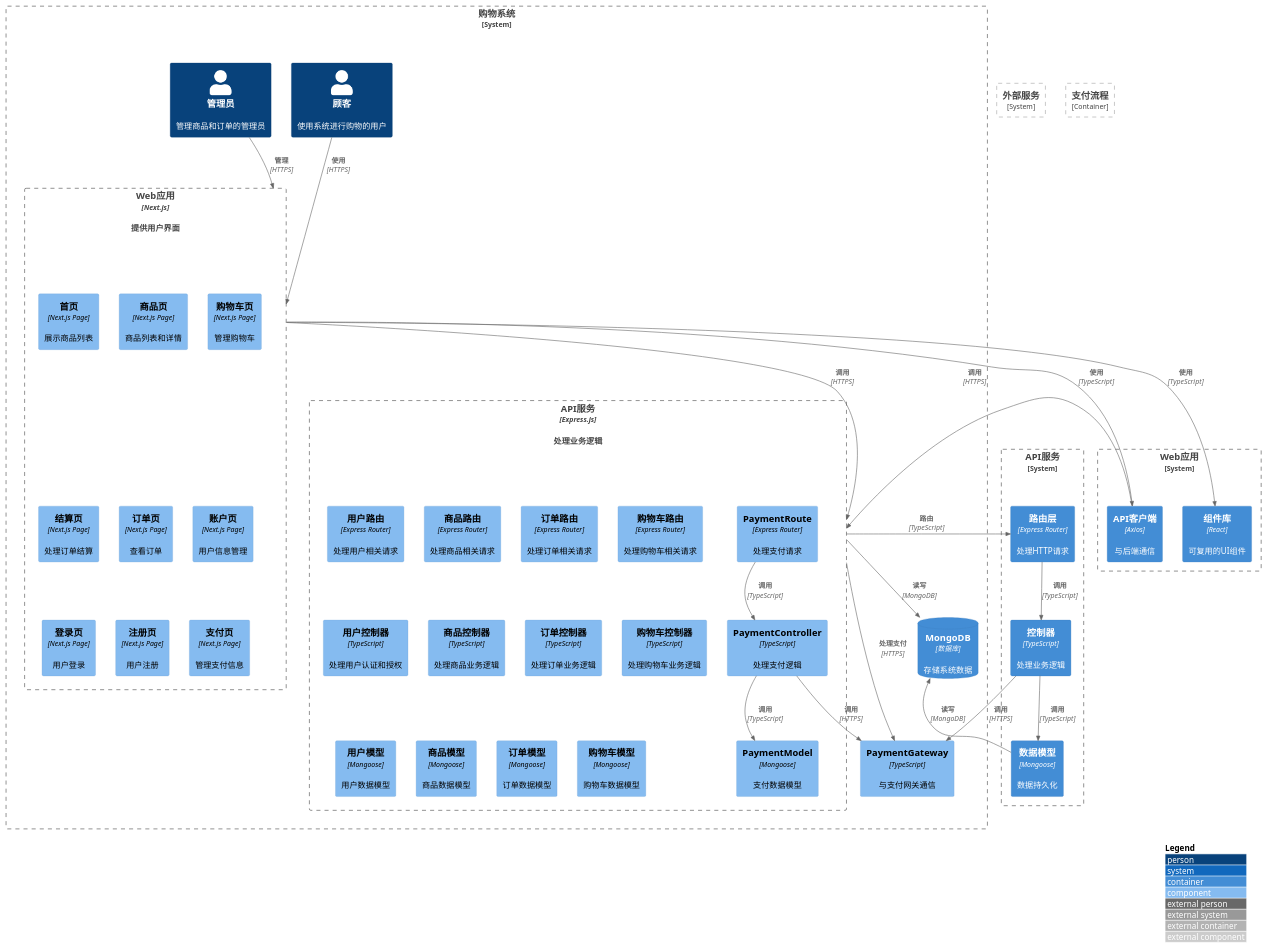
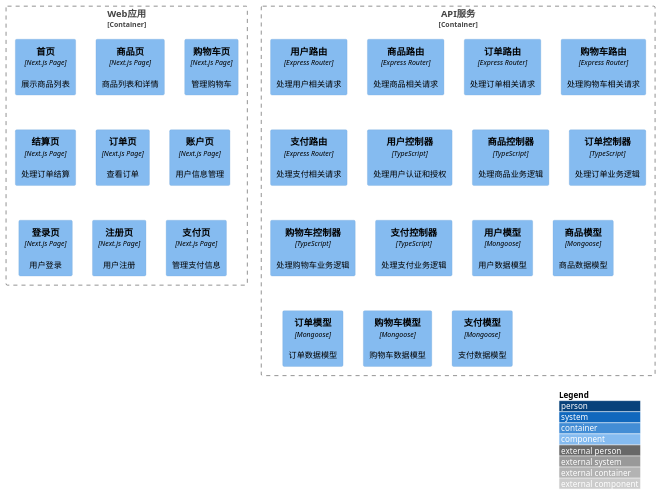
The diagram in docs/architecture/c4-component.puml (felixzhu97/shopping-system-public), drawn with PlantUML before and after one commit. The commit also changed 10 other files, not shown here.

Commit message:
docs: 更新系统架构图，添加 C4 模型的上下文图、容器图、组件图和支付流程图，删除旧的 C4 模型文件

```diff
--- a/docs/architecture/c4-component.puml
+++ b/docs/architecture/c4-component.puml
@@ -1,100 +1,42 @@
 @startuml
 !include ./c4-plantuml/C4_Context.puml
 !include ./c4-plantuml//C4_Container.puml
 !include ./c4-plantuml//C4_Component.puml
 
 LAYOUT_WITH_LEGEND()
-
-' 系统上下文图
-System_Boundary(system, "购物系统") {
-    Person(customer, "顾客", "使用系统进行购物的用户")
-    Person(admin, "管理员", "管理商品和订单的管理员")
-
-    System(web_app, "Web应用", "基于Next.js的前端应用")
-    System(api, "API服务", "基于Express.js的后端API服务")
-    SystemDb(db, "MongoDB数据库", "存储系统数据")
-    System_Ext(payment_gateway, "支付网关", "处理支付交易")
-}
-
-Rel(customer, web_app, "使用", "HTTPS")
-Rel(admin, web_app, "管理", "HTTPS")
-Rel(web_app, api, "调用", "HTTPS")
-Rel(api, db, "读写", "MongoDB")
-Rel(api, payment_gateway, "处理支付", "HTTPS")
-
-' 容器图
-System_Boundary(web_app_boundary, "Web应用") {
-    Container(web_app, "Web应用", "Next.js", "提供用户界面")
-    Container(components, "组件库", "React", "可复用的UI组件")
-    Container(api_client, "API客户端", "Axios", "与后端通信")
-}
-
-System_Boundary(api_boundary, "API服务") {
-    Container(api, "API服务", "Express.js", "处理业务逻辑")
-    Container(routes, "路由层", "Express Router", "处理HTTP请求")
-    Container(controllers, "控制器", "TypeScript", "处理业务逻辑")
-    Container(models, "数据模型", "Mongoose", "数据持久化")
-}
-
-System_Boundary(external_boundary, "外部服务") {
-    ContainerDb(db, "MongoDB", "数据库", "存储系统数据")
-    System_Ext(payment_gateway, "支付网关", "处理支付")
-}
-
-Rel(web_app, components, "使用", "TypeScript")
-Rel(web_app, api_client, "使用", "TypeScript")
-Rel(api_client, api, "调用", "HTTPS")
-Rel(api, routes, "路由", "TypeScript")
-Rel(routes, controllers, "调用", "TypeScript")
-Rel(controllers, models, "调用", "TypeScript")
-Rel(models, db, "读写", "MongoDB")
-Rel(controllers, payment_gateway, "调用", "HTTPS")
 
 ' 组件图 - Web应用
 Container_Boundary(web_app, "Web应用") {
     Component(home_page, "首页", "Next.js Page", "展示商品列表")
     Component(products_page, "商品页", "Next.js Page", "商品列表和详情")
     Component(cart_page, "购物车页", "Next.js Page", "管理购物车")
     Component(checkout_page, "结算页", "Next.js Page", "处理订单结算")
     Component(orders_page, "订单页", "Next.js Page", "查看订单")
     Component(account_page, "账户页", "Next.js Page", "用户信息管理")
     Component(login_page, "登录页", "Next.js Page", "用户登录")
     Component(register_page, "注册页", "Next.js Page", "用户注册")
     Component(payment_page, "支付页", "Next.js Page", "管理支付信息")
 }
 
 ' 组件图 - API服务
 Container_Boundary(api, "API服务") {
     Component(users_route, "用户路由", "Express Router", "处理用户相关请求")
     Component(products_route, "商品路由", "Express Router", "处理商品相关请求")
     Component(orders_route, "订单路由", "Express Router", "处理订单相关请求")
     Component(cart_route, "购物车路由", "Express Router", "处理购物车相关请求")
     Component(payment_route, "支付路由", "Express Router", "处理支付相关请求")
 
     Component(user_controller, "用户控制器", "TypeScript", "处理用户认证和授权")
     Component(product_controller, "商品控制器", "TypeScript", "处理商品业务逻辑")
     Component(order_controller, "订单控制器", "TypeScript", "处理订单业务逻辑")
     Component(cart_controller, "购物车控制器", "TypeScript", "处理购物车业务逻辑")
     Component(payment_controller, "支付控制器", "TypeScript", "处理支付业务逻辑")
 
     Component(user_model, "用户模型", "Mongoose", "用户数据模型")
     Component(product_model, "商品模型", "Mongoose", "商品数据模型")
     Component(order_model, "订单模型", "Mongoose", "订单数据模型")
     Component(cart_model, "购物车模型", "Mongoose", "购物车数据模型")
     Component(payment_model, "支付模型", "Mongoose", "支付数据模型")
 }
 
-' 代码图 - 支付流程
-Container_Boundary(payment_flow, "支付流程") {
-    Component(payment_route, "PaymentRoute", "Express Router", "处理支付请求")
-    Component(payment_controller, "PaymentController", "TypeScript", "处理支付逻辑")
-    Component(payment_model, "PaymentModel", "Mongoose", "支付数据模型")
-    Component(payment_gateway, "PaymentGateway", "TypeScript", "与支付网关通信")
-}
-
-Rel(payment_route, payment_controller, "调用", "TypeScript")
-Rel(payment_controller, payment_model, "调用", "TypeScript")
-Rel(payment_controller, payment_gateway, "调用", "HTTPS")
-
-
 @enduml
```
